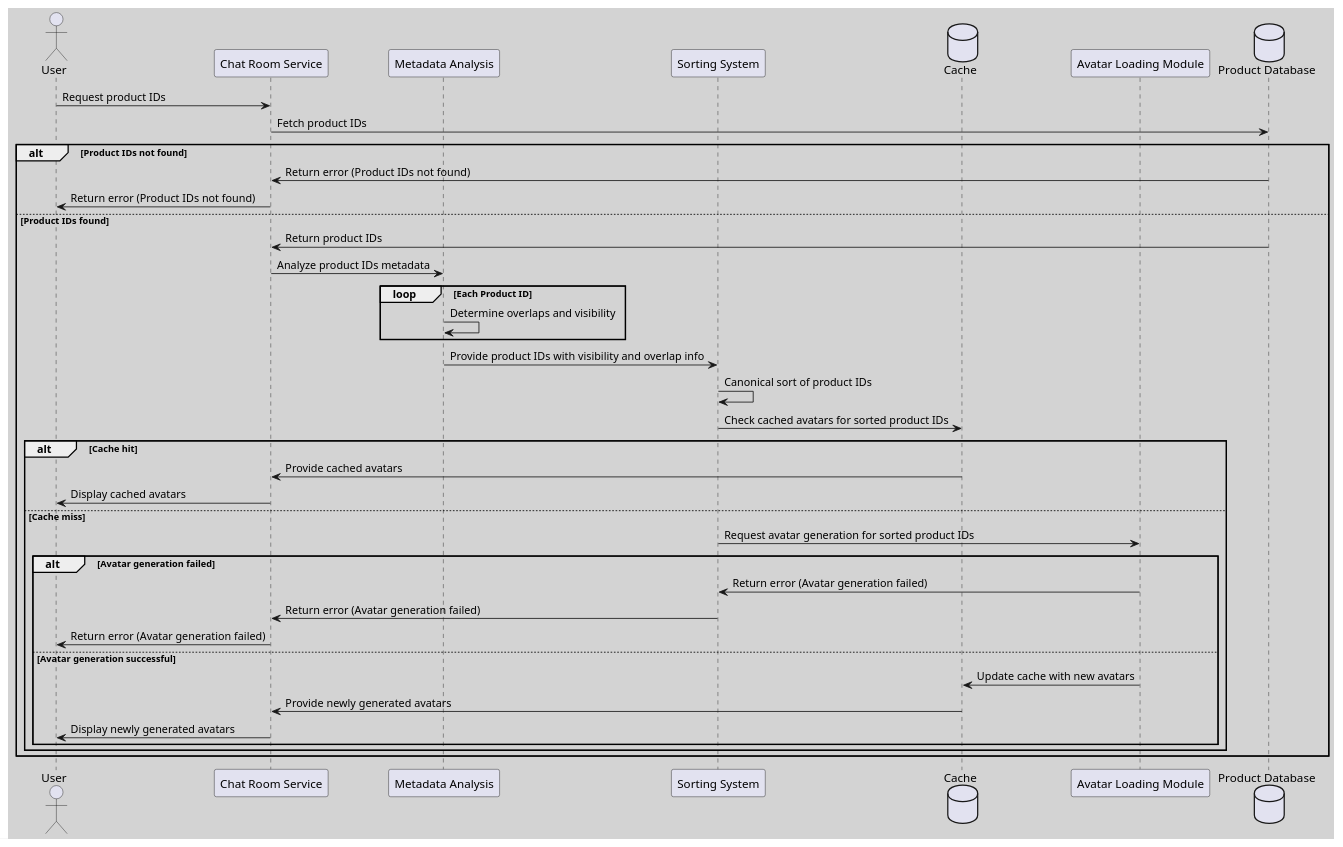
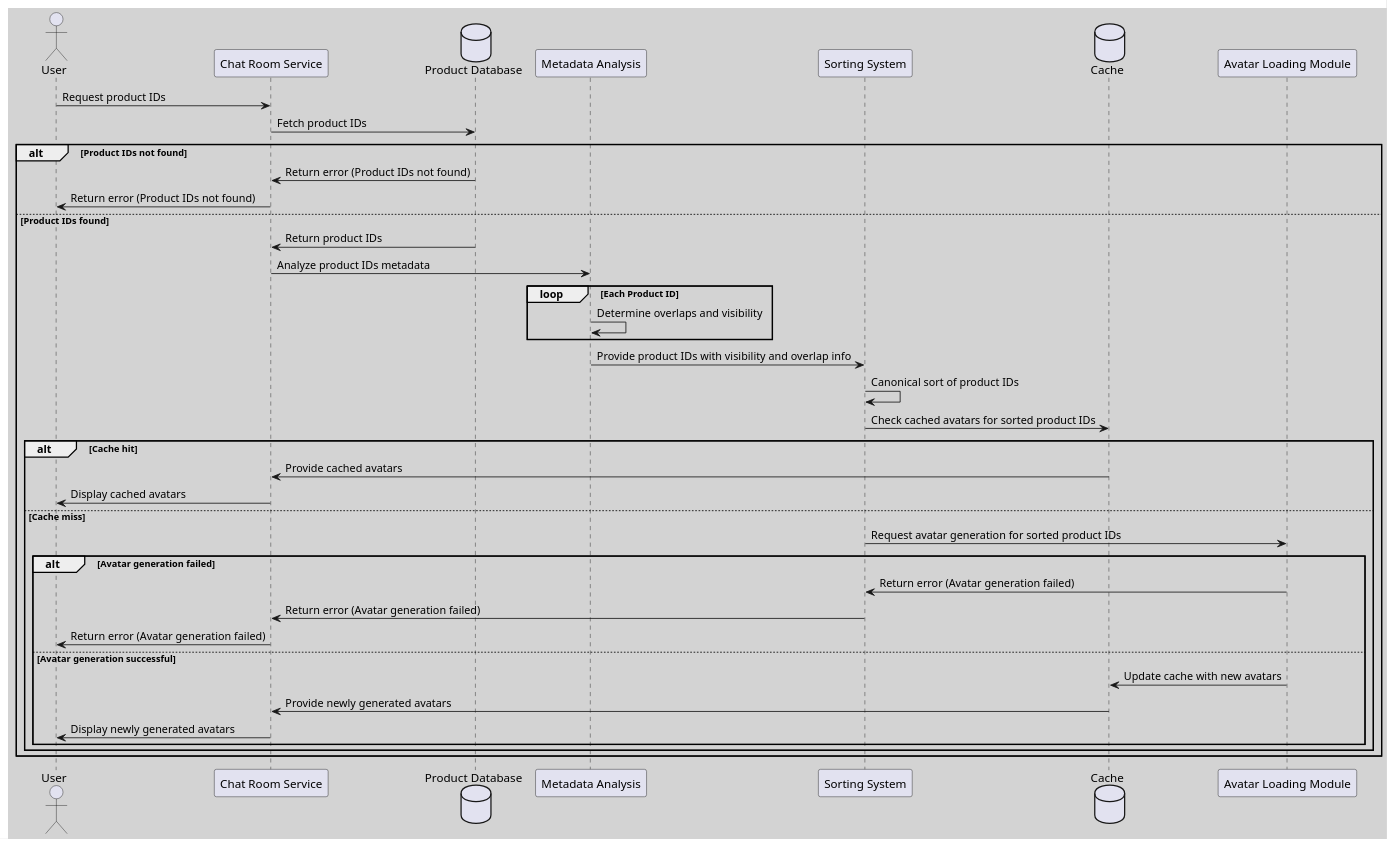
One commit to huangyingw/system_design changed the diagram in imvu_system_architecture/avatar_loading_optimization_process.puml. Above: the diagram before and after it, drawn with PlantUML. The commit also changed other lines of this file, not shown here.

```diff
--- a/imvu_system_architecture/avatar_loading_optimization_process.puml
+++ b/imvu_system_architecture/avatar_loading_optimization_process.puml
@@ -1,42 +1,42 @@
 @startuml
 skinparam backgroundColor #D3D3D3
 
 actor User
 participant "Chat Room Service" as ChatRoomService
+database "Product Database" as ProductDB
 participant "Metadata Analysis" as MetadataAnalysis
 participant "Sorting System" as SortingSystem
 database "Cache" as Cache
 participant "Avatar Loading Module" as AvatarLoading
-database "Product Database" as ProductDB
 
 User -> ChatRoomService: Request product IDs
 ChatRoomService -> ProductDB: Fetch product IDs
     alt Product IDs not found
         ProductDB -> ChatRoomService: Return error (Product IDs not found)
         ChatRoomService -> User: Return error (Product IDs not found)
     else Product IDs found
 ProductDB -> ChatRoomService: Return product IDs
 ChatRoomService -> MetadataAnalysis: Analyze product IDs metadata
 loop Each Product ID
     MetadataAnalysis -> MetadataAnalysis: Determine overlaps and visibility
 end
 MetadataAnalysis -> SortingSystem: Provide product IDs with visibility and overlap info
 SortingSystem -> SortingSystem: Canonical sort of product IDs
 SortingSystem -> Cache: Check cached avatars for sorted product IDs
 alt Cache hit
     Cache -> ChatRoomService: Provide cached avatars
     ChatRoomService -> User: Display cached avatars
 else Cache miss
     SortingSystem -> AvatarLoading: Request avatar generation for sorted product IDs
             alt Avatar generation failed
                 AvatarLoading -> SortingSystem: Return error (Avatar generation failed)
                 SortingSystem -> ChatRoomService: Return error (Avatar generation failed)
                 ChatRoomService -> User: Return error (Avatar generation failed)
             else Avatar generation successful
     AvatarLoading -> Cache: Update cache with new avatars
     Cache -> ChatRoomService: Provide newly generated avatars
     ChatRoomService -> User: Display newly generated avatars
 end
         end
     end
 @enduml
```
